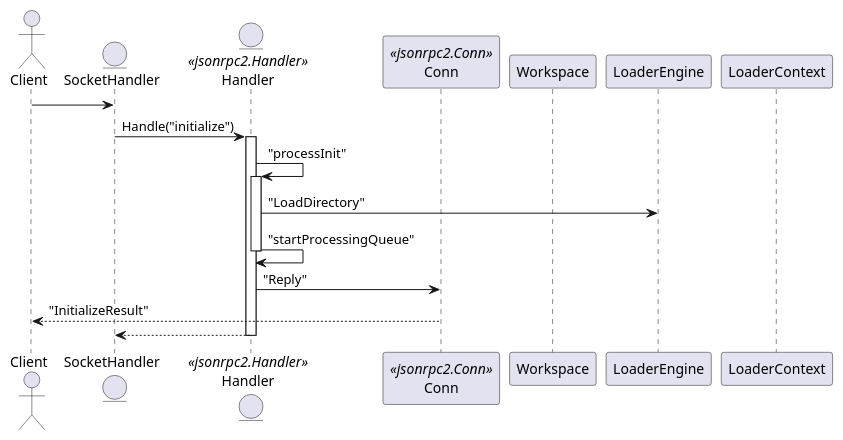
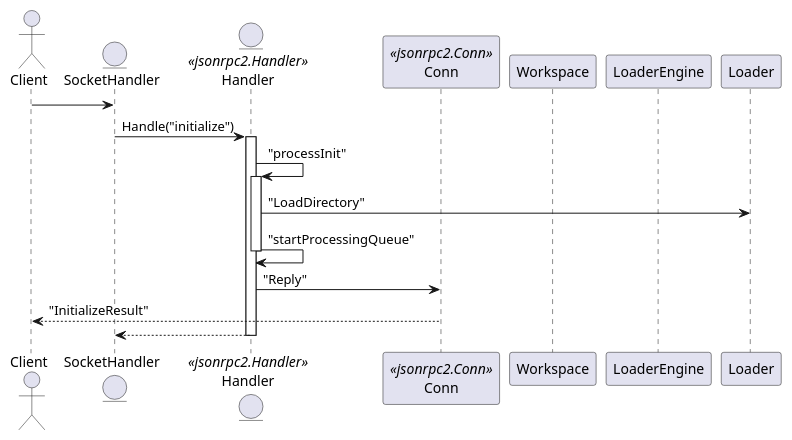
Before and after one commit to object88/langd: the diagram in diagrams/client_connect.wsd, drawn with PlantUML.

Commit message:
Update participants

```diff
--- a/diagrams/client_connect.wsd
+++ b/diagrams/client_connect.wsd
@@ -1,35 +1,35 @@
 @startuml Client initialization
 
 actor Client
 entity SocketHandler
 entity Handler << jsonrpc2.Handler >>
 participant Conn << jsonrpc2.Conn >>
 participant Workspace
 participant LoaderEngine
-participant LoaderContext
+participant Loader
 
 Client -> SocketHandler : 
 
 SocketHandler -> Handler : Handle("initialize")
 
 activate Handler
 
 Handler -> Handler : "processInit"
 
 activate Handler
 
-Handler -> LoaderEngine : "LoadDirectory"
+Handler -> Loader : "LoadDirectory"
 
 Handler -> Handler : "startProcessingQueue"
 
 deactivate Handler
 
 Handler -> Conn : "Reply"
 
 Conn --> Client : "InitializeResult"
 
 Handler --> SocketHandler
 
 deactivate Handler
 
 @enduml
```
